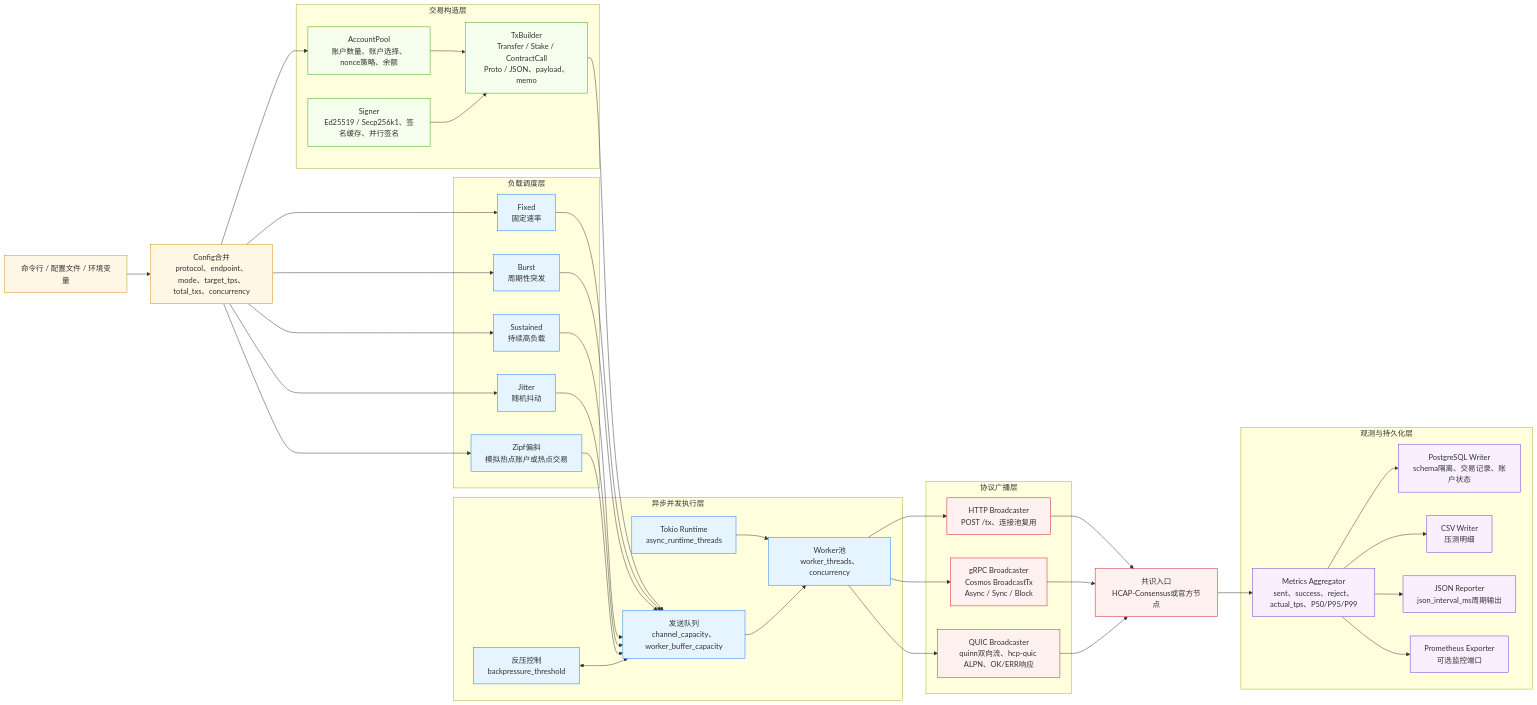
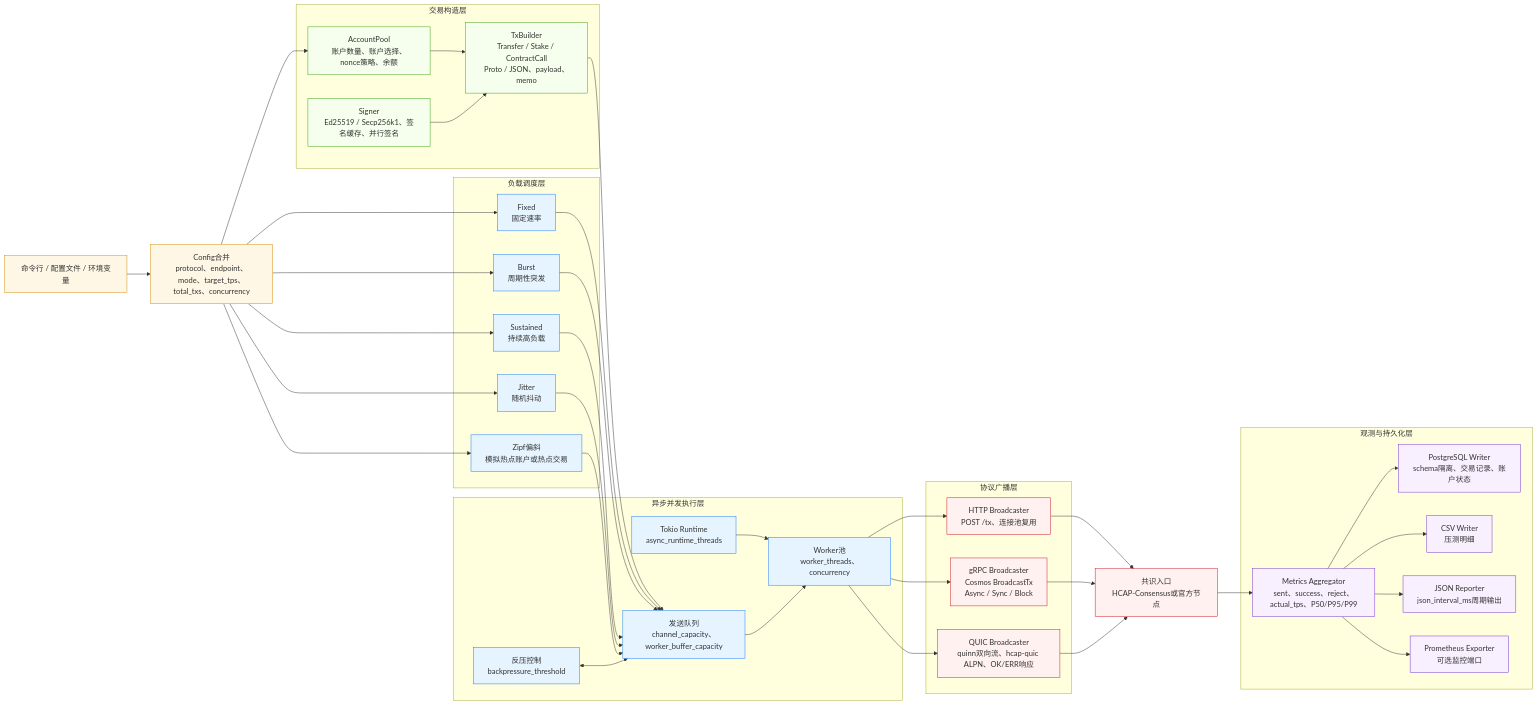
Before and after one commit to fffeng99999/hcp: the fifth of 10 diagrams in chapter4-mermaid/README.md, drawn with Mermaid. The commit also changed other lines of this file and 1 other file, not shown here.

````diff
--- a/chapter4-mermaid/README.md
+++ b/chapter4-mermaid/README.md
@@ -259,79 +259,79 @@
 ```mermaid
 flowchart LR
   CLI["命令行 / 配置文件 / 环境变量"] --> Config["Config合并<br/>protocol、endpoint、mode、target_tps、total_txs、concurrency"]
 
   subgraph TxBuild["交易构造层"]
     Account["AccountPool<br/>账户数量、账户选择、nonce策略、余额"]
     Signer["Signer<br/>Ed25519 / Secp256k1、签名缓存、并行签名"]
     Builder["TxBuilder<br/>Transfer / Stake / ContractCall<br/>Proto / JSON、payload、memo"]
   end
 
   subgraph Schedule["负载调度层"]
     Fixed["Fixed<br/>固定速率"]
     Burst["Burst<br/>周期性突发"]
     Sustained["Sustained<br/>持续高负载"]
     Jitter["Jitter<br/>随机抖动"]
     Zipf["Zipf偏斜<br/>模拟热点账户或热点交易"]
   end
 
   subgraph Concurrency["异步并发执行层"]
     Runtime["Tokio Runtime<br/>async_runtime_threads"]
     Queue["发送队列<br/>channel_capacity、worker_buffer_capacity"]
     Workers["Worker池<br/>worker_threads、concurrency"]
     Backpressure["反压控制<br/>backpressure_threshold"]
   end
 
   subgraph Broadcast["协议广播层"]
     HTTP["HTTP Broadcaster<br/>POST /tx、连接池复用"]
     GRPC["gRPC Broadcaster<br/>Cosmos BroadcastTx<br/>Async / Sync / Block"]
-    QUIC["QUIC Broadcaster<br/>quinn双向流、hcp-quic ALPN、OK/ERR响应"]
+    QUIC["QUIC Broadcaster<br/>quinn双向流、hcap-quic ALPN、OK/ERR响应"]
   end
 
   subgraph Observe["观测与持久化层"]
     Metrics["Metrics Aggregator<br/>sent、success、reject、actual_tps、P50/P95/P99"]
     DB["PostgreSQL Writer<br/>schema隔离、交易记录、账户状态"]
     CSV["CSV Writer<br/>压测明细"]
     JSON["JSON Reporter<br/>json_interval_ms周期输出"]
     Prom["Prometheus Exporter<br/>可选监控端口"]
   end
 
   Config --> Account
   Config --> Fixed
   Config --> Burst
   Config --> Sustained
   Config --> Jitter
   Config --> Zipf
   Account --> Builder
   Signer --> Builder
   Builder --> Queue
   Fixed --> Queue
   Burst --> Queue
   Sustained --> Queue
   Jitter --> Queue
   Zipf --> Queue
   Runtime --> Workers
   Queue --> Workers
   Backpressure <--> Queue
   Workers --> HTTP
   Workers --> GRPC
   Workers --> QUIC
   HTTP --> Target["共识入口<br/>HCAP-Consensus或官方节点"]
   GRPC --> Target
   QUIC --> Target
   Target --> Metrics
   Metrics --> DB
   Metrics --> CSV
   Metrics --> JSON
   Metrics --> Prom
 
   classDef cfg fill:#fff7e6,stroke:#d48806;
   classDef tx fill:#f6ffed,stroke:#389e0d;
   classDef sch fill:#e6f4ff,stroke:#1677ff;
   classDef br fill:#fff1f0,stroke:#cf1322;
   classDef obs fill:#f9f0ff,stroke:#722ed1;
   class CLI,Config cfg;
   class Account,Signer,Builder tx;
   class Fixed,Burst,Sustained,Jitter,Zipf,Runtime,Queue,Workers,Backpressure sch;
   class HTTP,GRPC,QUIC,Target br;
   class Metrics,DB,CSV,JSON,Prom obs;
 ```
````
